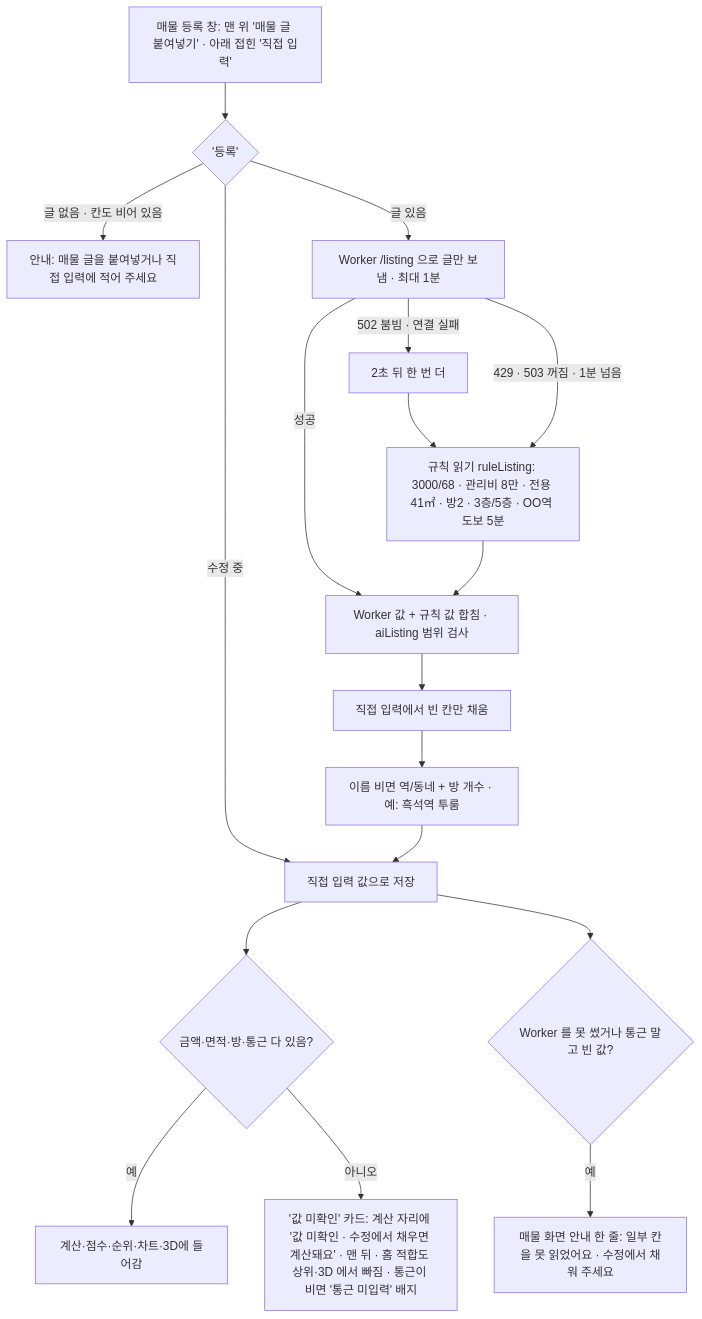
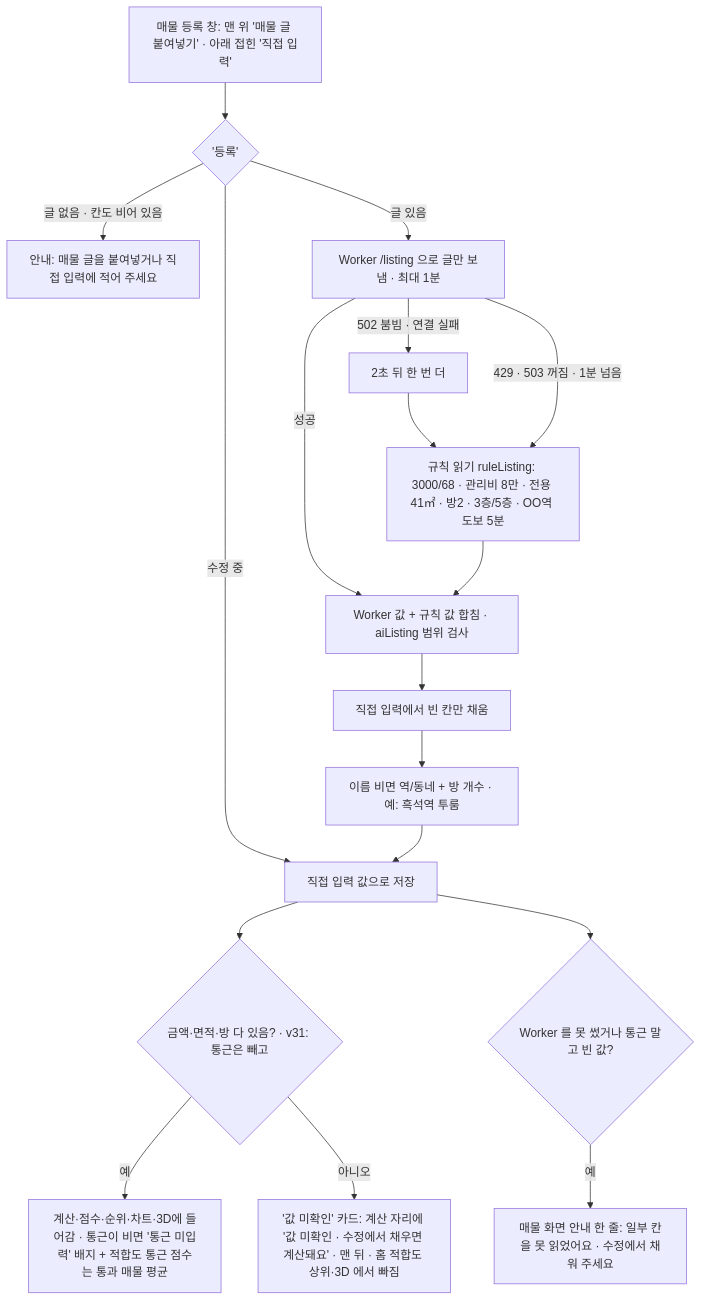
One commit to DioneLee/suitable-home changed the diagram in docs/design/새주소_등록.md. Above: the diagram before and after it, drawn with Mermaid. The commit also changed 11 other files, not shown here.

Commit message:
fix: 통근만 빈 매물도 계산·순위에 넣음('통근 미입력' 배지 · 통근 점수는 통과 매물 평균) · 값 미확인은 금액·면적·방이 빠졌을 때만 · 휴대폰 탭바 '청약 ↗' 한 줄 · v31

````diff
--- a/docs/design/새주소_등록.md
+++ b/docs/design/새주소_등록.md
@@ -7,19 +7,19 @@
 ```mermaid
 flowchart TD
   A[매물 등록 창: 맨 위 '매물 글 붙여넣기' · 아래 접힌 '직접 입력'] --> B{'등록'}
   B -->|수정 중| S[직접 입력 값으로 저장]
   B -->|글 없음 · 칸도 비어 있음| E[안내: 매물 글을 붙여넣거나 직접 입력에 적어 주세요]
   B -->|글 있음| W[Worker /listing 으로 글만 보냄 · 최대 1분]
   W -->|502 붐빔 · 연결 실패| W2[2초 뒤 한 번 더] --> R
   W -->|429 · 503 꺼짐 · 1분 넘음| R[규칙 읽기 ruleListing: 3000/68 · 관리비 8만 · 전용 41㎡ · 방2 · 3층/5층 · OO역 도보 5분]
   W -->|성공| M[Worker 값 + 규칙 값 합침 · aiListing 범위 검사]
   R --> M
   M --> F[직접 입력에서 빈 칸만 채움]
   F --> N[이름 비면 역/동네 + 방 개수 · 예: 흑석역 투룸]
   N --> S
-  S --> C{금액·면적·방·통근 다 있음?}
-  C -->|예| K[계산·점수·순위·차트·3D에 들어감]
-  C -->|아니오| P['값 미확인' 카드: 계산 자리에 '값 미확인 · 수정에서 채우면 계산돼요' · 맨 뒤 · 홈 적합도 상위·3D 에서 빠짐 · 통근이 비면 '통근 미입력' 배지]
+  S --> C{"금액·면적·방 다 있음? · v31: 통근은 빼고"}
+  C -->|예| K[계산·점수·순위·차트·3D에 들어감 · 통근이 비면 '통근 미입력' 배지 + 적합도 통근 점수는 통과 매물 평균]
+  C -->|아니오| P['값 미확인' 카드: 계산 자리에 '값 미확인 · 수정에서 채우면 계산돼요' · 맨 뒤 · 홈 적합도 상위·3D 에서 빠짐]
   S --> G{Worker 를 못 썼거나 통근 말고 빈 값?}
   G -->|예| H[매물 화면 안내 한 줄: 일부 칸을 못 읽었어요 · 수정에서 채워 주세요]
 ```
````
